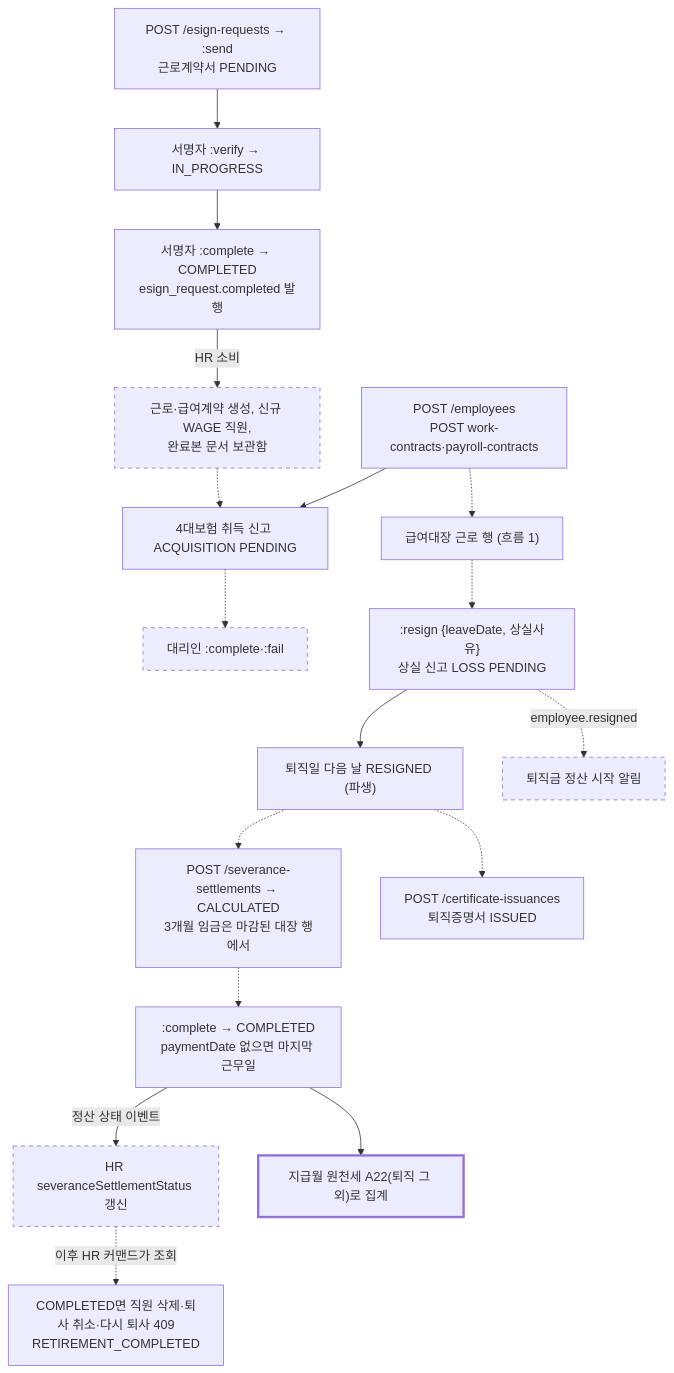
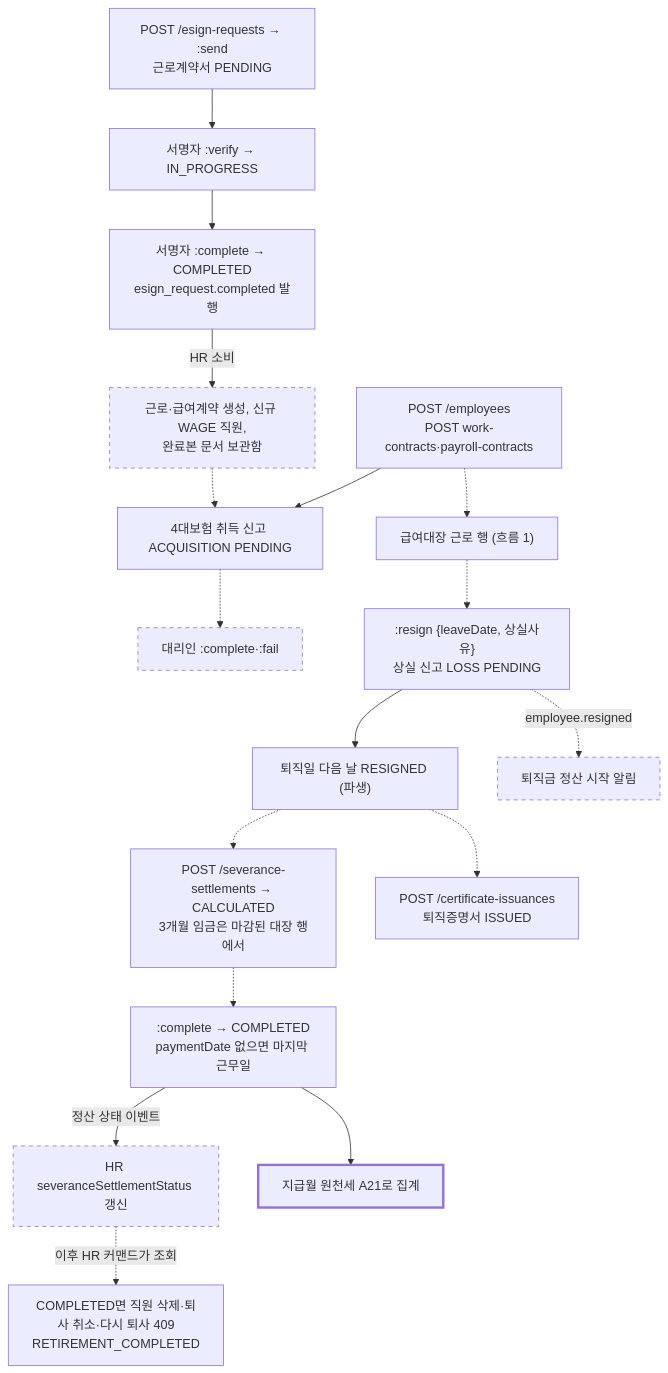
The second of 3 diagrams in docs/design/lifecycles.md (cbcruk/semu), drawn with Mermaid before and after one commit. The commit also changed other lines of this file and 4 other files, not shown here.

````diff
--- a/docs/design/lifecycles.md
+++ b/docs/design/lifecycles.md
@@ -93,21 +93,21 @@
 ```mermaid
 flowchart TD
   esign["POST /esign-requests → :send<br/>근로계약서 PENDING"] --> verify["서명자 :verify → IN_PROGRESS"]
   verify --> complete["서명자 :complete → COMPLETED<br/>esign_request.completed 발행"]
   complete -- "HR 소비" --> hrmake["근로·급여계약 생성, 신규 WAGE 직원,<br/>완료본 문서 보관함"]:::todo
   manual["POST /employees<br/>POST work-contracts·payroll-contracts"] --> acq["4대보험 취득 신고 ACQUISITION PENDING"]
   hrmake -.-> acq
   acq -.-> agentdo["대리인 :complete·:fail"]:::todo
   manual -.-> payroll["급여대장 근로 행 (흐름 1)"]
   payroll -.-> resign[":resign {leaveDate, 상실사유}<br/>상실 신고 LOSS PENDING"]
   resign --> resigned["퇴직일 다음 날 RESIGNED (파생)"]
   resign -. "employee.resigned" .-> start["퇴직금 정산 시작 알림"]:::todo
   resigned -.-> sev["POST /severance-settlements → CALCULATED<br/>3개월 임금은 마감된 대장 행에서"]
   sev -.-> sevdone[":complete → COMPLETED<br/>paymentDate 없으면 마지막 근무일"]
   sevdone -- "정산 상태 이벤트" --> hrstatus["HR severanceSettlementStatus 갱신"]:::todo
   hrstatus -. "이후 HR 커맨드가 조회" .-> guard["COMPLETED면 직원 삭제·퇴사 취소·다시 퇴사 409<br/>RETIREMENT_COMPLETED"]
-  sevdone --> a21["지급월 원천세 A22(퇴직 그 외)로 집계"]:::open
+  sevdone --> a21["지급월 원천세 A21로 집계"]:::open
   resigned -.-> cert["POST /certificate-issuances<br/>퇴직증명서 ISSUED"]
   classDef todo stroke-dasharray: 5 5
   classDef open stroke-width: 3px
 ```
````
